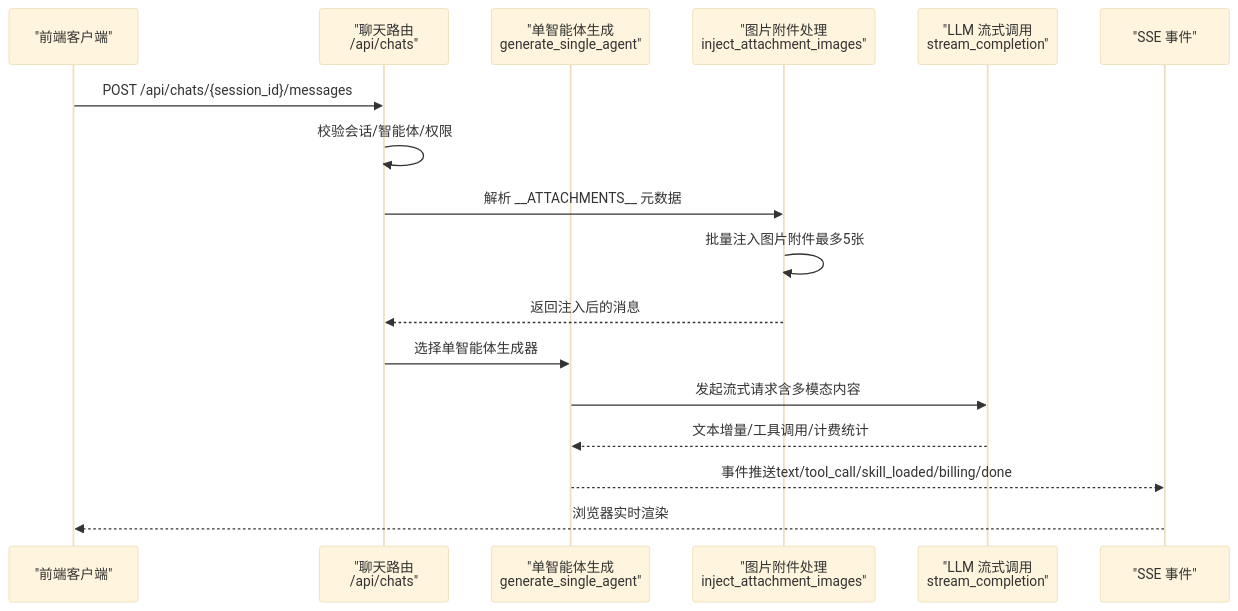
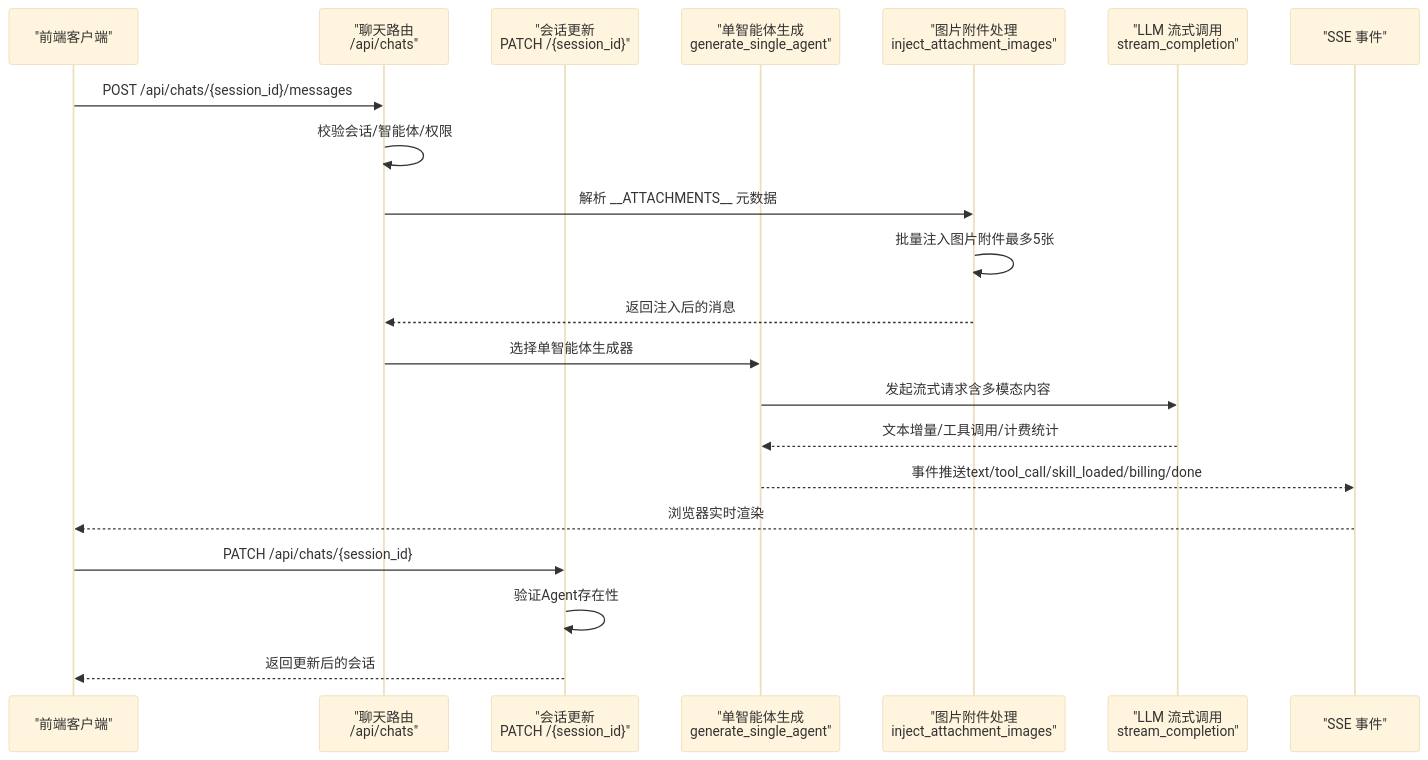
Before and after one commit to KunLabAI/KunFlix: the second of 4 diagrams in .qoder/repowiki/zh/content/API接口文档/聊天对话接口.md, drawn with Mermaid (base theme). The commit also changed other lines of this file and 12 other files, not shown here.

````diff
--- a/.qoder/repowiki/zh/content/API接口文档/聊天对话接口.md
+++ b/.qoder/repowiki/zh/content/API接口文档/聊天对话接口.md
@@ -146,19 +156,23 @@
 ```mermaid
 sequenceDiagram
 participant FE as "前端客户端"
 participant API as "聊天路由<br/>/api/chats"
+participant PATCH as "会话更新<br/>PATCH /{session_id}"
 participant GEN as "单智能体生成<br/>generate_single_agent"
 participant ATTACH as "图片附件处理<br/>inject_attachment_images"
 participant LLM as "LLM 流式调用<br/>stream_completion"
 participant SSE as "SSE 事件"
 FE->>API : POST /api/chats/{session_id}/messages
 API->>API : 校验会话/智能体/权限
 API->>ATTACH : 解析 __ATTACHMENTS__ 元数据
 ATTACH->>ATTACH : 批量注入图片附件最多5张
 ATTACH-->>API : 返回注入后的消息
 API->>GEN : 选择单智能体生成器
 GEN->>LLM : 发起流式请求含多模态内容
 LLM-->>GEN : 文本增量/工具调用/计费统计
 GEN-->>SSE : 事件推送text/tool_call/skill_loaded/billing/done
 SSE-->>FE : 浏览器实时渲染
+FE->>PATCH : PATCH /api/chats/{session_id}
+PATCH->>PATCH : 验证Agent存在性
+PATCH-->>FE : 返回更新后的会话
 ```
````
